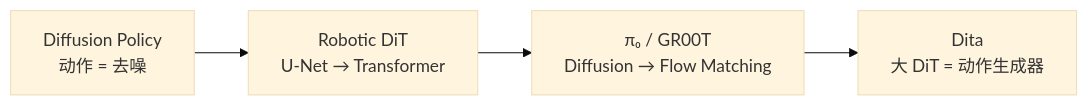
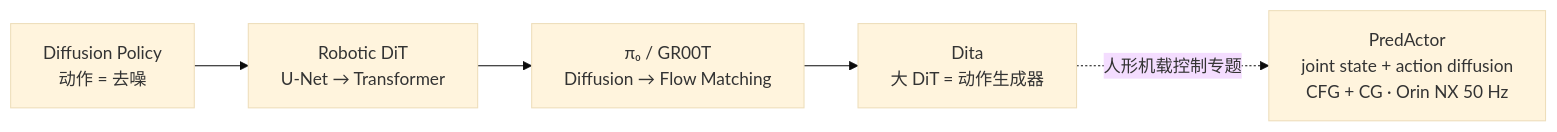
Before and after one commit to ImChong/Robotics_Notebooks: the second of 2 diagrams in roadmap/depth-robotics-diffusion-dit-flow.md, drawn with Mermaid (base theme). The commit also changed other lines of this file and 4 other files, not shown here.

````diff
--- a/roadmap/depth-robotics-diffusion-dit-flow.md
+++ b/roadmap/depth-robotics-diffusion-dit-flow.md
@@ -169,6 +171,7 @@
 ```mermaid
 flowchart LR
   A["Diffusion Policy<br/>动作 = 去噪"] --> B["Robotic DiT<br/>U-Net → Transformer"]
   B --> C["π₀ / GR00T<br/>Diffusion → Flow Matching"]
   C --> D["Dita<br/>大 DiT = 动作生成器"]
+  D -. "人形机载控制专题" .-> E["PredActor<br/>joint state + action diffusion<br/>CFG + CG · Orin NX 50 Hz"]
 ```
````
